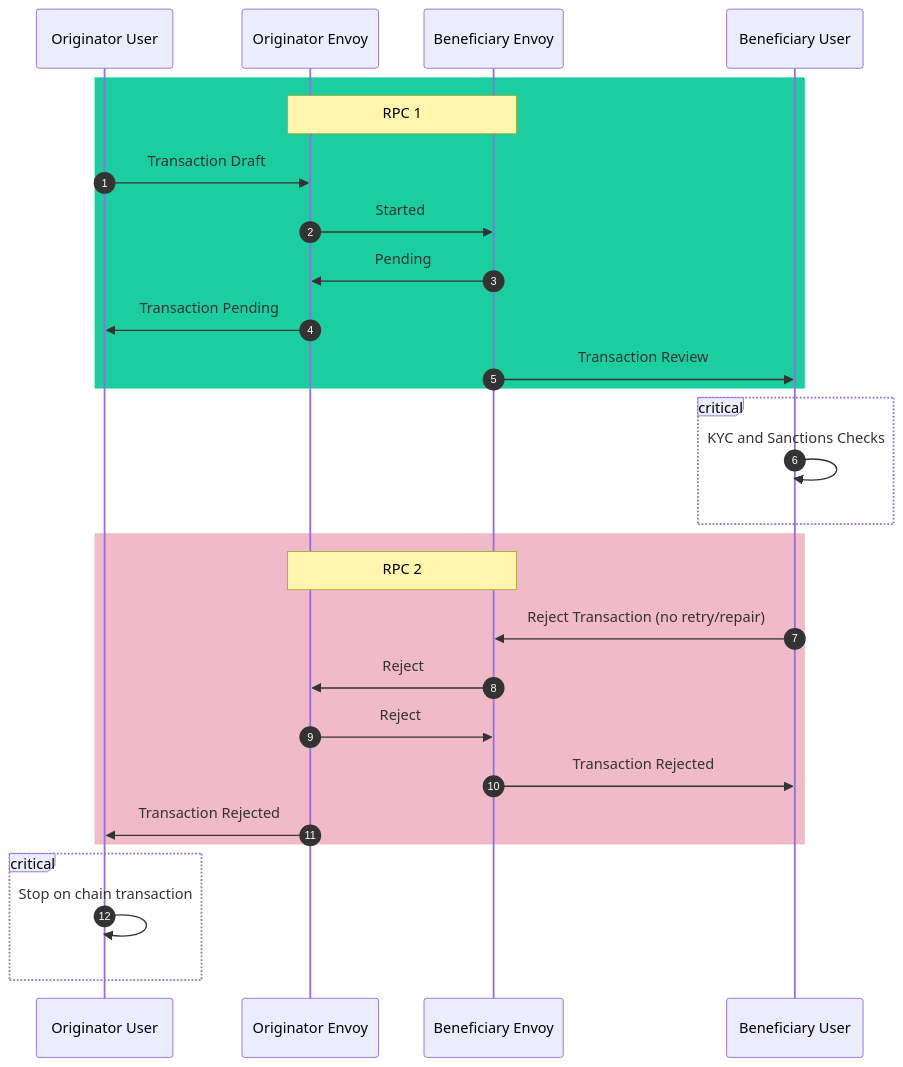
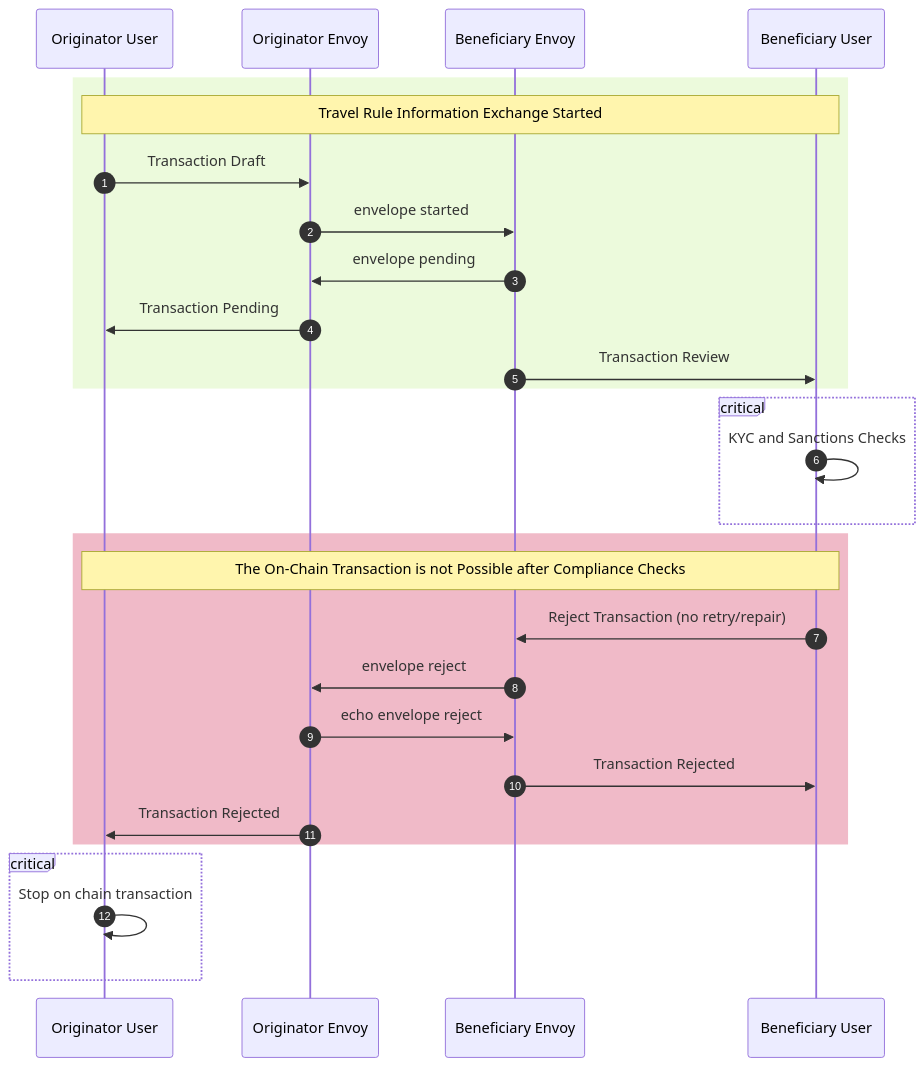
The third of 3 diagrams in docs/content/envoy/workflows.en.md (trisacrypto/trisa), drawn with Mermaid before and after one commit. The commit also changed other lines of this file, not shown here.

Commit message:
fix docs after review

````diff
--- a/docs/content/envoy/workflows.en.md
+++ b/docs/content/envoy/workflows.en.md
@@ -142,34 +144,34 @@
 ```mermaid
 sequenceDiagram
     autonumber
     participant Oc as Originator User
     participant O as Originator Envoy
     participant B as Beneficiary Envoy
     participant Bc as Beneficiary User
 
-    rect rgb(27, 206, 159 )
-        note over O,B: RPC 1
+    rect rgb(236, 250, 220)
+        note over Oc,Bc: Travel Rule Information Exchange Started
         Oc ->> O: Transaction Draft
-        O ->> B: Started
-        B ->> O: Pending
+        O ->> B: envelope started
+        B ->> O: envelope pending
         O ->> Oc: Transaction Pending
         B ->> Bc: Transaction Review
     end
 
     critical
         Bc ->> Bc: KYC and Sanctions Checks
     end
 
     rect rgb(240,186,200)
-        note over O,B: RPC 2
+        note over Oc,Bc: The On-Chain Transaction is not Possible after Compliance Checks
         Bc ->> B: Reject Transaction (no retry/repair)
-        B ->> O: Reject
-        O ->> B: Reject
+        B ->> O: envelope reject
+        O ->> B: echo envelope reject
         B ->> Bc: Transaction Rejected
         O ->> Oc: Transaction Rejected
     end
 
     critical
         Oc ->> Oc: Stop on chain transaction
     end
 ```
````
